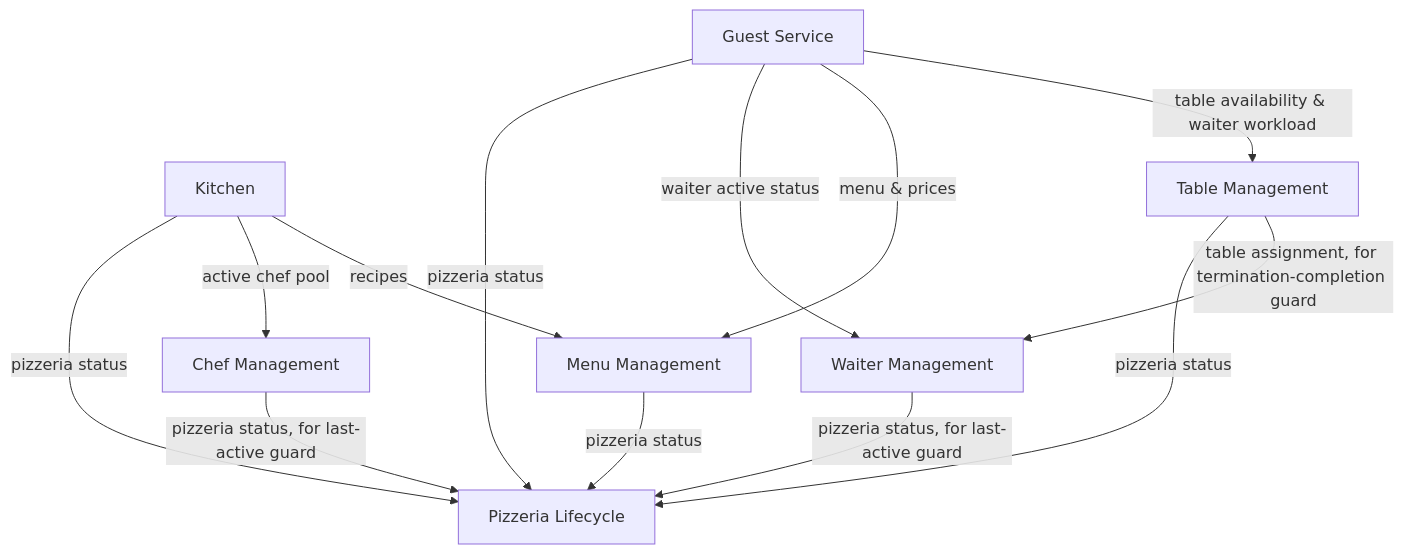
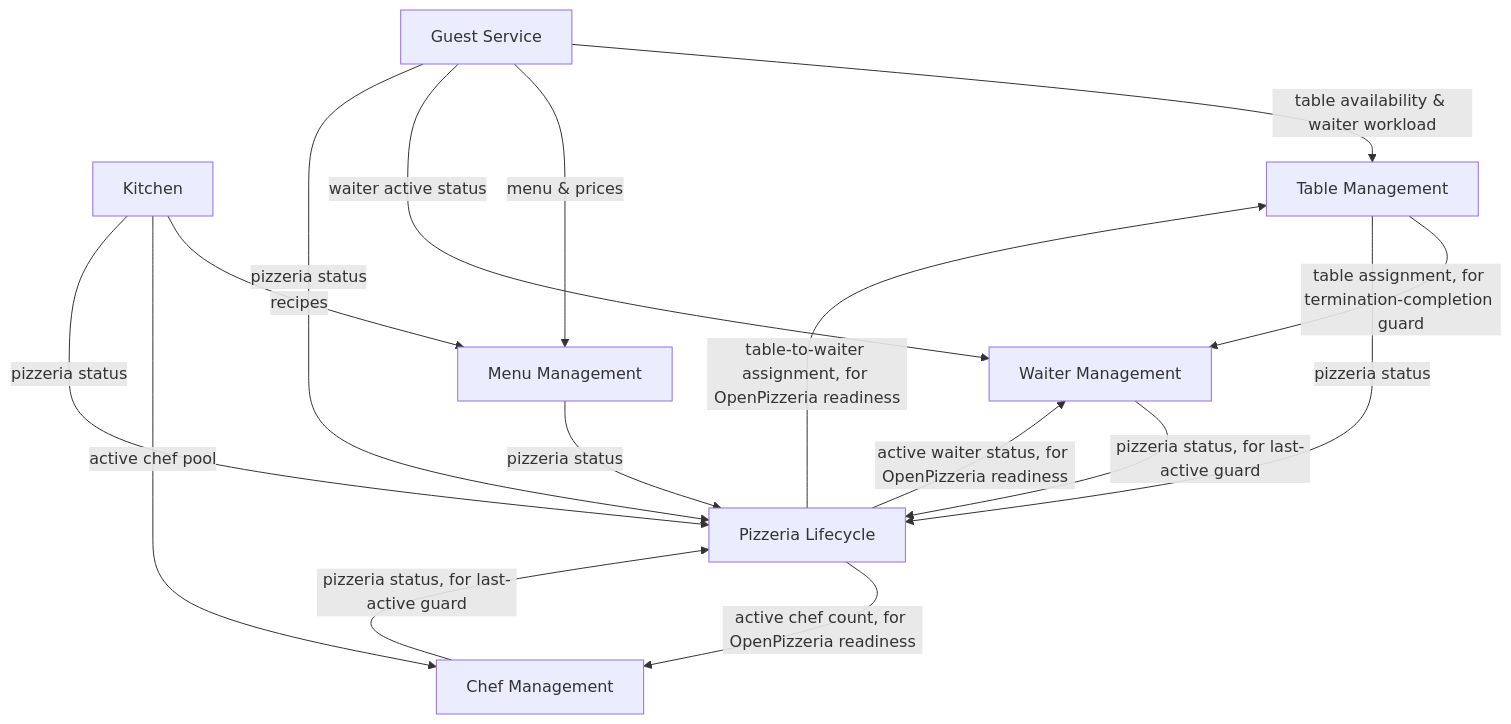
The diagram in doc/03_decompose_subdomains.md (mmalessa/pizzeria), drawn with Mermaid before and after one commit. The commit also changed 2 other files, not shown here.

Commit message:
Replace live cross-context reads with local replication for maximum decoupling

````diff
--- a/doc/03_decompose_subdomains.md
+++ b/doc/03_decompose_subdomains.md
@@ -113,27 +113,31 @@
 ```mermaid
 flowchart TD
 
 GS[Guest Service]
 K[Kitchen]
 WM[Waiter Management]
 CM[Chef Management]
 PL[Pizzeria Lifecycle]
 TM[Table Management]
 MM[Menu Management]
 
 GS -->|table availability & waiter workload| TM
 GS -->|menu & prices| MM
 GS -->|waiter active status| WM
 GS -->|pizzeria status| PL
 
 K -->|recipes| MM
 K -->|active chef pool| CM
 K -->|pizzeria status| PL
 
 TM -->|table assignment, for termination-completion guard| WM
 WM -->|pizzeria status, for last-active guard| PL
 CM -->|pizzeria status, for last-active guard| PL
 
 TM -->|pizzeria status| PL
 MM -->|pizzeria status| PL
+
+PL -->|table-to-waiter assignment, for OpenPizzeria readiness| TM
+PL -->|active waiter status, for OpenPizzeria readiness| WM
+PL -->|active chef count, for OpenPizzeria readiness| CM
 ```
````
